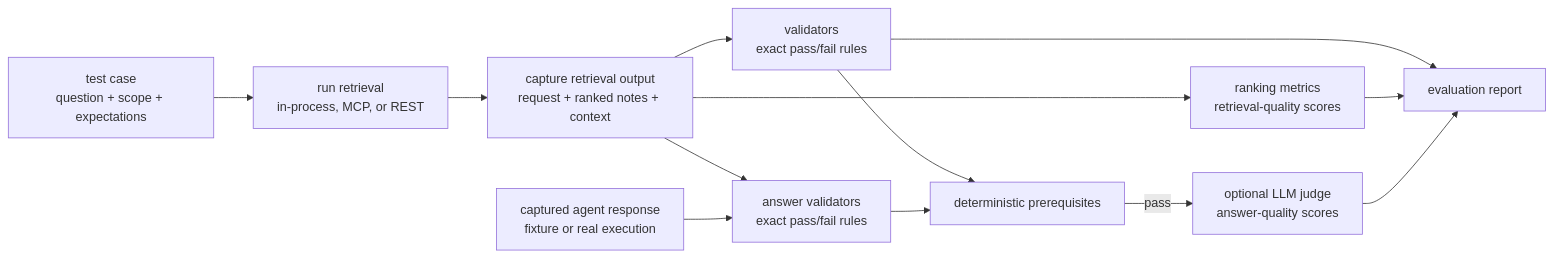
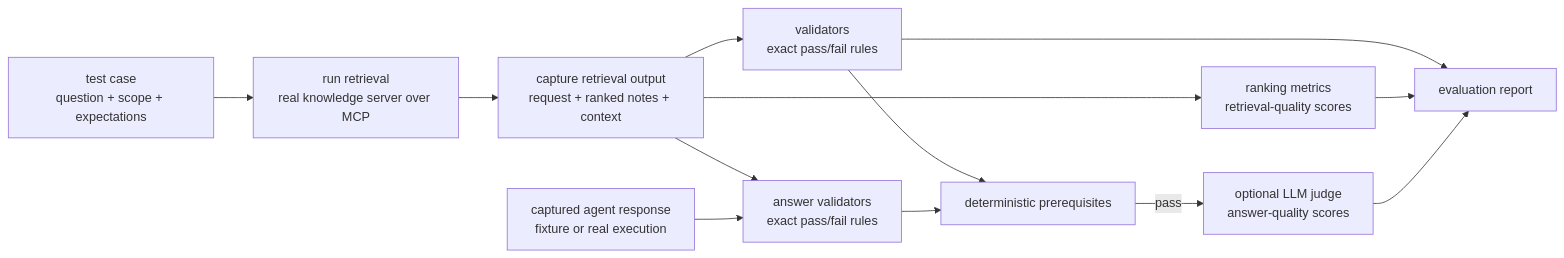
One commit to AlexGrisin/retrieval-eval-poc changed the first of 3 diagrams in ARCHITECTURE.md. Above: the diagram before and after it, drawn with Mermaid. The commit also changed other lines of this file and 35 other files, not shown here.

````diff
--- a/ARCHITECTURE.md
+++ b/ARCHITECTURE.md
@@ -25,22 +25,22 @@
 ```mermaid
 flowchart LR
     Case["test case<br/>question + scope + expectations"]
-    Retrieval["run retrieval<br/>in-process, MCP, or REST"]
+    Retrieval["run retrieval<br/>real knowledge server over MCP"]
     Output["capture retrieval output<br/>request + ranked notes + context"]
     Validators["validators<br/>exact pass/fail rules"]
     Metrics["ranking metrics<br/>retrieval-quality scores"]
     Answer["captured agent response<br/>fixture or real execution"]
     AnswerValidators["answer validators<br/>exact pass/fail rules"]
     JudgeGate["deterministic prerequisites"]
     Judge["optional LLM judge<br/>answer-quality scores"]
     Report["evaluation report"]
 
     Case --> Retrieval --> Output
     Output --> Validators --> Report
     Output --> Metrics --> Report
     Output --> AnswerValidators
     Answer --> AnswerValidators
     Validators --> JudgeGate
     AnswerValidators --> JudgeGate
     JudgeGate -->|pass| Judge --> Report
 ```
````
